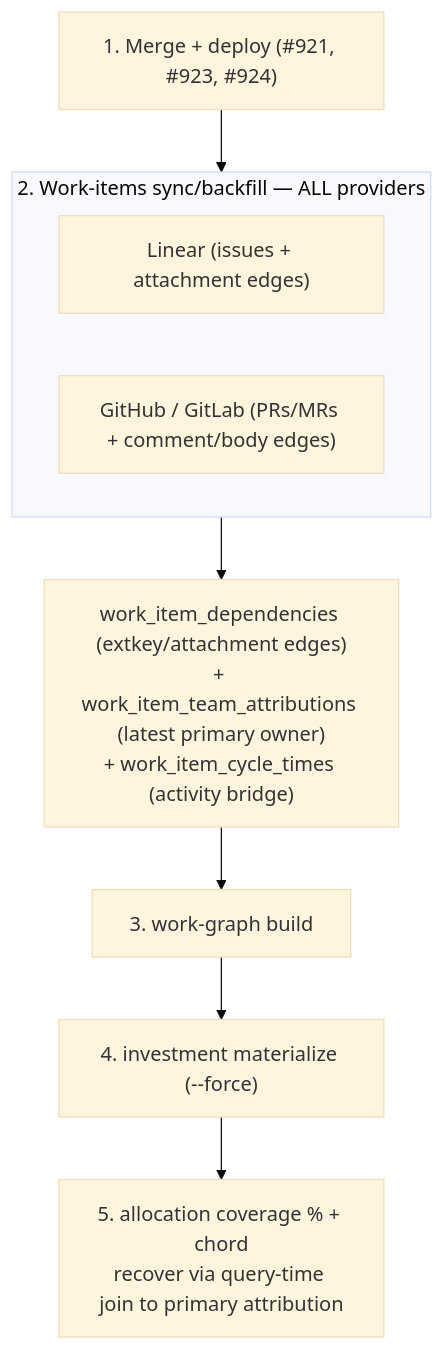
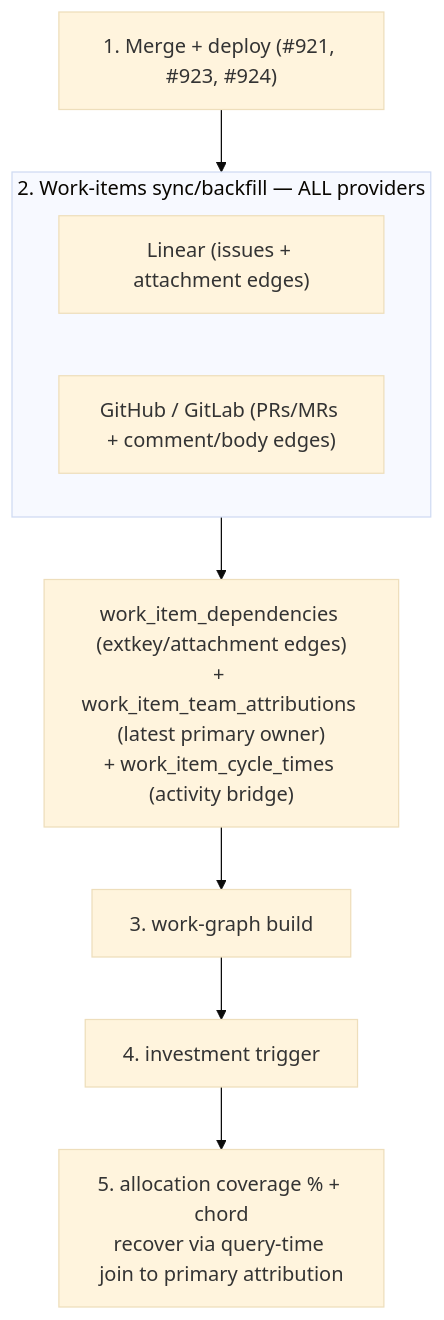
The eighth of 9 diagrams in docs/contribute/architecture/team-attribution.md (full-chaos/dev-health-ops), drawn with Mermaid (base theme) before and after one commit. The commit also changed other lines of this file and 7 other files, not shown here.

````diff
--- a/docs/contribute/architecture/team-attribution.md
+++ b/docs/contribute/architecture/team-attribution.md
@@ -1813,12 +1813,12 @@
 ```mermaid
 flowchart TD
     DEP["1. Merge + deploy (#921, #923, #924)"] --> SYNC
     subgraph SYNC ["2. Work-items sync/backfill — ALL providers"]
         L["Linear (issues + attachment edges)"]
         G["GitHub / GitLab (PRs/MRs + comment/body edges)"]
     end
     SYNC --> CT["work_item_dependencies (extkey/attachment edges)<br/>+ work_item_team_attributions (latest primary owner)<br/>+ work_item_cycle_times (activity bridge)"]
     CT --> WG["3. work-graph build"]
-    WG --> IM["4. investment materialize (--force)"]
+    WG --> IM["4. investment trigger"]
     IM --> Q["5. allocation coverage % + chord<br/>recover via query-time join to primary attribution"]
 ```
````
